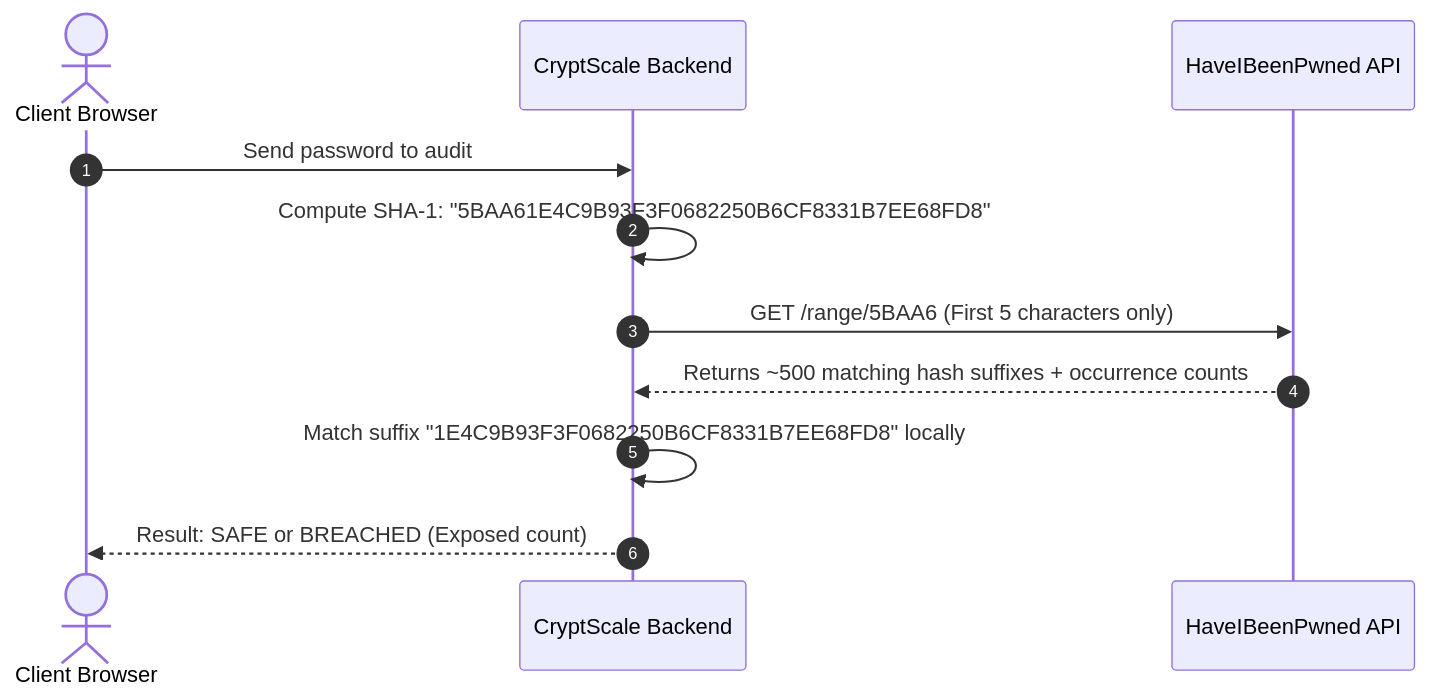
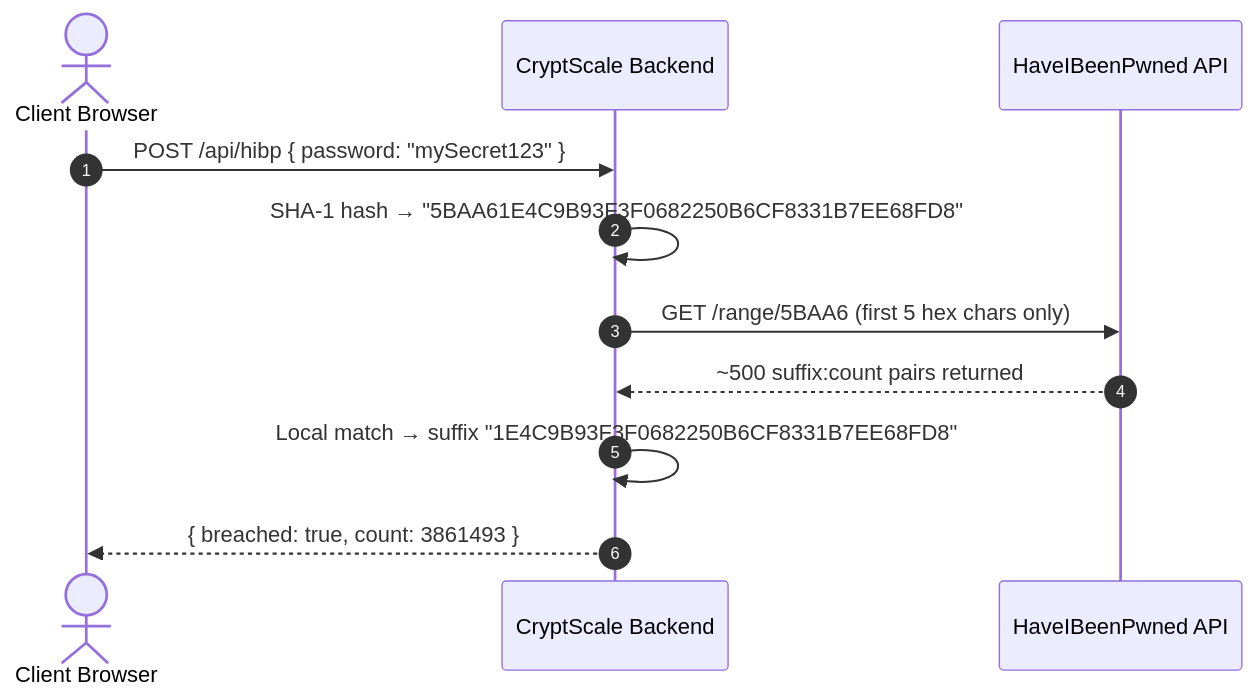
One commit to PriyanshuPundir01/CryptScale changed the third of 4 diagrams in README.md. Above: the diagram before and after it, drawn with Mermaid. The commit also changed other lines of this file, not shown here.

````diff
--- a/README.md
+++ b/README.md
@@ -94,14 +171,14 @@
 ```mermaid
 sequenceDiagram
     autonumber
     actor User as Client Browser
     participant Engine as CryptScale Backend
     participant HIBP as HaveIBeenPwned API
 
-    User->>Engine: Send password to audit
-    Engine->>Engine: Compute SHA-1: "5BAA61E4C9B93F3F0682250B6CF8331B7EE68FD8"
-    Engine->>HIBP: GET /range/5BAA6 (First 5 characters only)
-    HIBP-->>Engine: Returns ~500 matching hash suffixes + occurrence counts
-    Engine->>Engine: Match suffix "1E4C9B93F3F0682250B6CF8331B7EE68FD8" locally
-    Engine-->>User: Result: SAFE or BREACHED (Exposed count)
+    User->>Engine: POST /api/hibp  { password: "mySecret123" }
+    Engine->>Engine: SHA-1 hash → "5BAA61E4C9B93F3F0682250B6CF8331B7EE68FD8"
+    Engine->>HIBP: GET /range/5BAA6  (first 5 hex chars only)
+    HIBP-->>Engine: ~500 suffix:count pairs returned
+    Engine->>Engine: Local match → suffix "1E4C9B93F3F0682250B6CF8331B7EE68FD8"
+    Engine-->>User: { breached: true, count: 3861493 }
 ```
````
